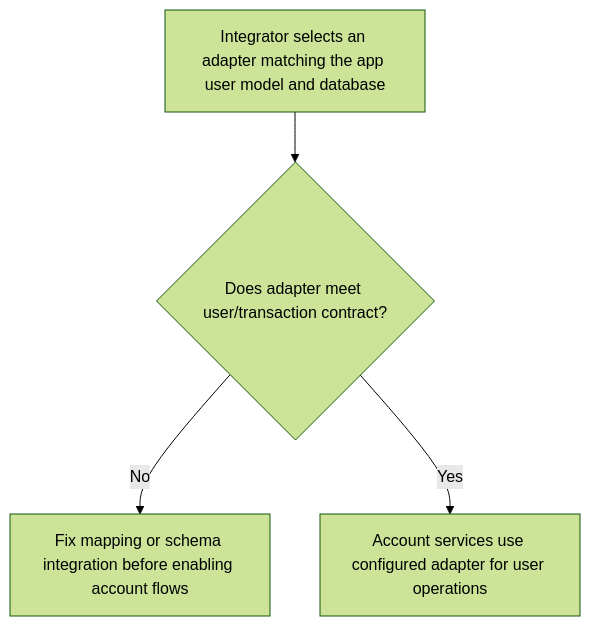
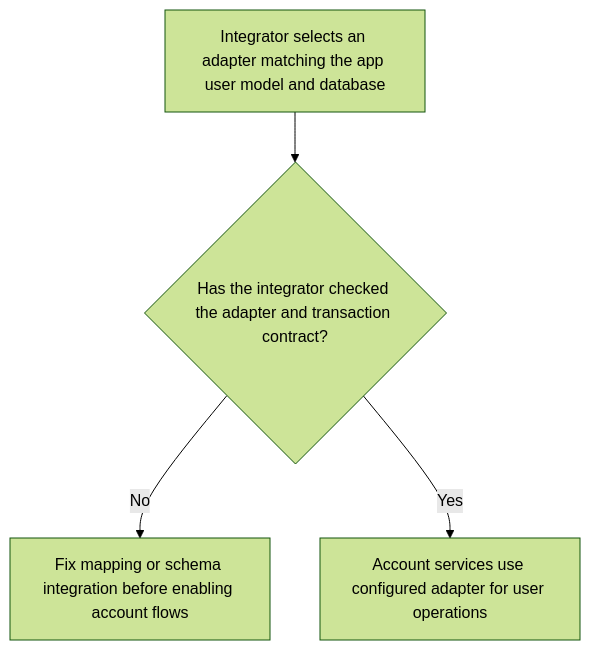
Before and after one commit to Kevinjohn/oss-adonisjs-account-kit: the first of 2 diagrams in user-stories/US-ACCOUNT-34-choose-user-adapter.md, drawn with Mermaid (forest theme). The commit also changed other lines of this file and 16 other files, not shown here.

````diff
--- a/user-stories/US-ACCOUNT-34-choose-user-adapter.md
+++ b/user-stories/US-ACCOUNT-34-choose-user-adapter.md
@@ -20,6 +20,6 @@
 ```mermaid
 flowchart TD
- A["Integrator selects an adapter matching the app user model and database"] --> B{"Does adapter meet user/transaction contract?"}
+ A["Integrator selects an adapter matching the app user model and database"] --> B{"Has the integrator checked the adapter and transaction contract?"}
  B -->|No| C["Fix mapping or schema integration before enabling account flows"]
  B -->|Yes| D["Account services use configured adapter for user operations"]
 ```
````
